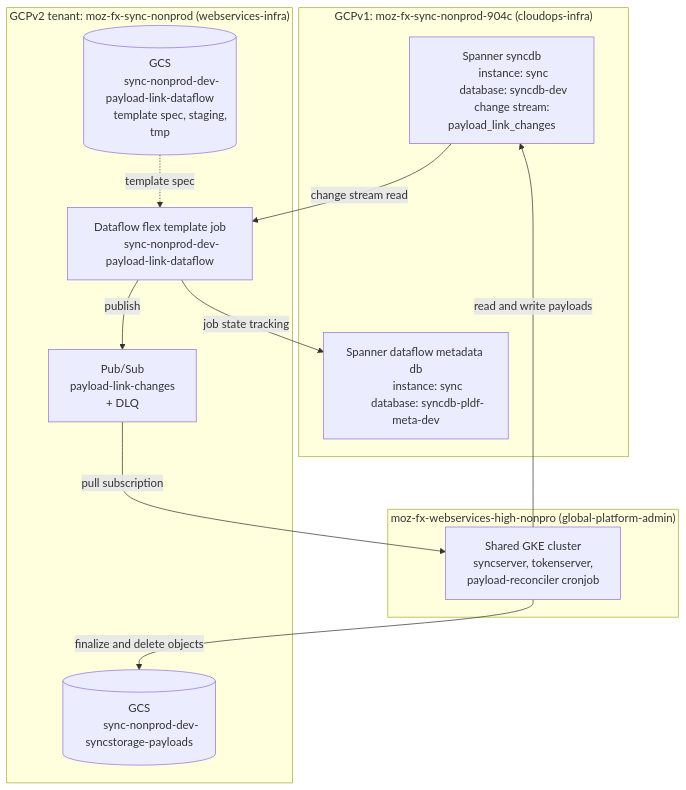
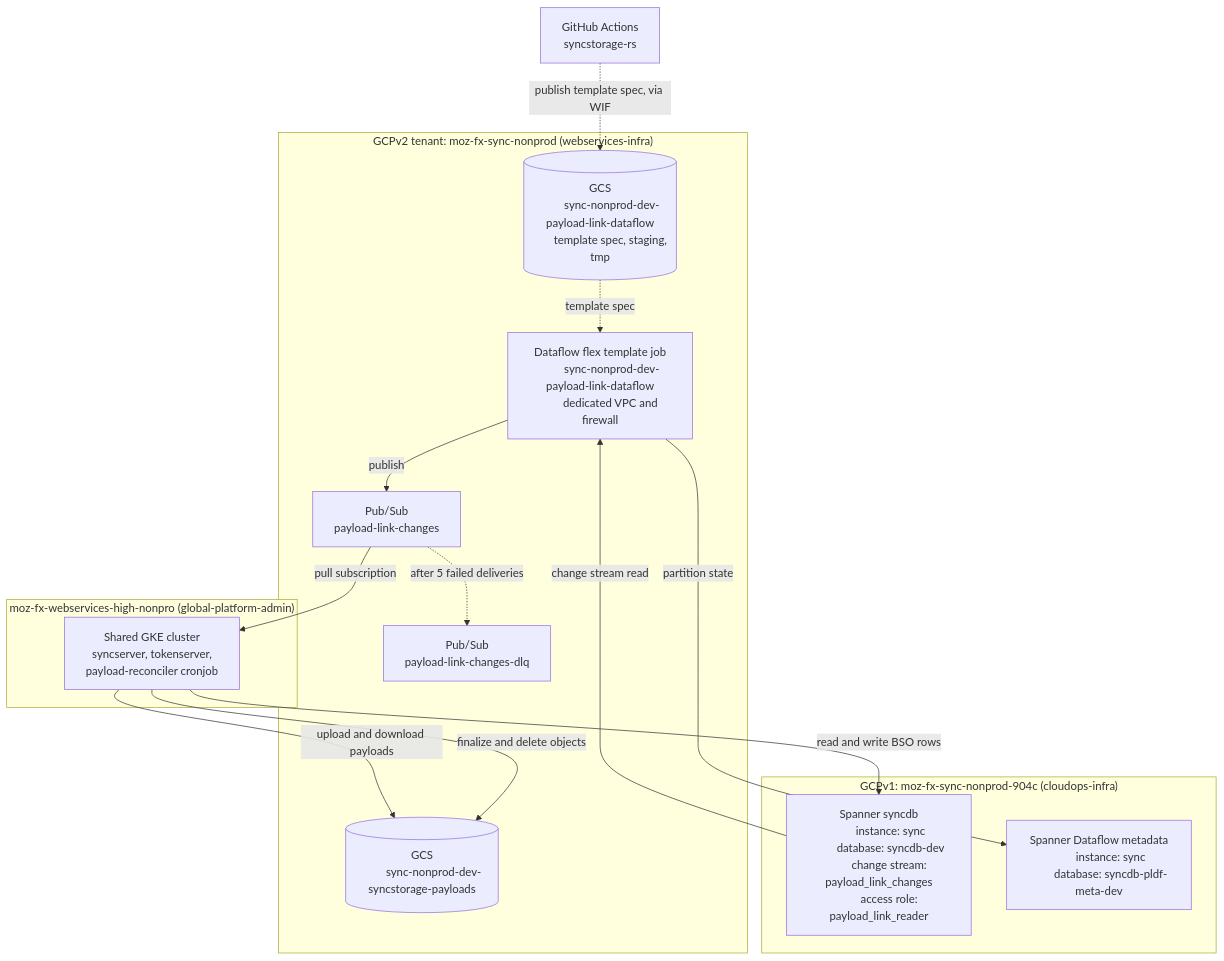
One commit to mozilla-services/syncstorage-rs changed the diagram in docs/src/tools/payload-offload-infrastructure.md. Above: the diagram before and after it, drawn with Mermaid. The commit also changed other lines of this file and 7 other files, not shown here.

First line of the commit message:
docs: diagram and document the change stream system (#2538)

````diff
--- a/docs/src/tools/payload-offload-infrastructure.md
+++ b/docs/src/tools/payload-offload-infrastructure.md
@@ -43,43 +43,49 @@
 ```mermaid
 flowchart TB
+    gha["GitHub Actions
+    syncstorage-rs"]
+
     subgraph v1["GCPv1: moz-fx-sync-nonprod-904c (cloudops-infra)"]
         syncdb["Spanner syncdb
         instance: sync
         database: syncdb-dev
-        change stream: payload_link_changes"]
-    end
-
-    subgraph v1["GCPv1: moz-fx-sync-nonprod-904c (cloudops-infra)"]
-        meta-db["Spanner dataflow metadata db
+        change stream: payload_link_changes
+        access role: payload_link_reader"]
+        metadb["Spanner Dataflow metadata
         instance: sync
         database: syncdb-pldf-meta-dev"]
     end
 
     subgraph high["moz-fx-webservices-high-nonpro (global-platform-admin)"]
         gke["Shared GKE cluster
         syncserver, tokenserver,
         payload-reconciler cronjob"]
     end
 
     subgraph tenant["GCPv2 tenant: moz-fx-sync-nonprod (webservices-infra)"]
         df["Dataflow flex template job
-        sync-nonprod-dev-payload-link-dataflow"]
+        sync-nonprod-dev-payload-link-dataflow
+        dedicated VPC and firewall"]
         topic["Pub/Sub
-        payload-link-changes
-        + DLQ"]
+        payload-link-changes"]
+        dlq["Pub/Sub
+        payload-link-changes-dlq"]
         payloads[("GCS
         sync-nonprod-dev-syncstorage-payloads")]
         jobbucket[("GCS
         sync-nonprod-dev-payload-link-dataflow
         template spec, staging, tmp")]
     end
 
+    gha -.->|"publish template spec, via WIF"| jobbucket
+    jobbucket -.->|template spec| df
     syncdb -->|change stream read| df
+    df -->|partition state| metadb
     df -->|publish| topic
-    df -->|job state tracking| meta-db
-    jobbucket -.->|template spec| df
     topic -->|pull subscription| gke
+    topic -.->|"after 5 failed deliveries"| dlq
     gke -->|finalize and delete objects| payloads
-    gke -->|read and write payloads| syncdb
+    gke -->|upload and download payloads| payloads
+    gke -->|read and write BSO rows| syncdb
 
 ```
````
